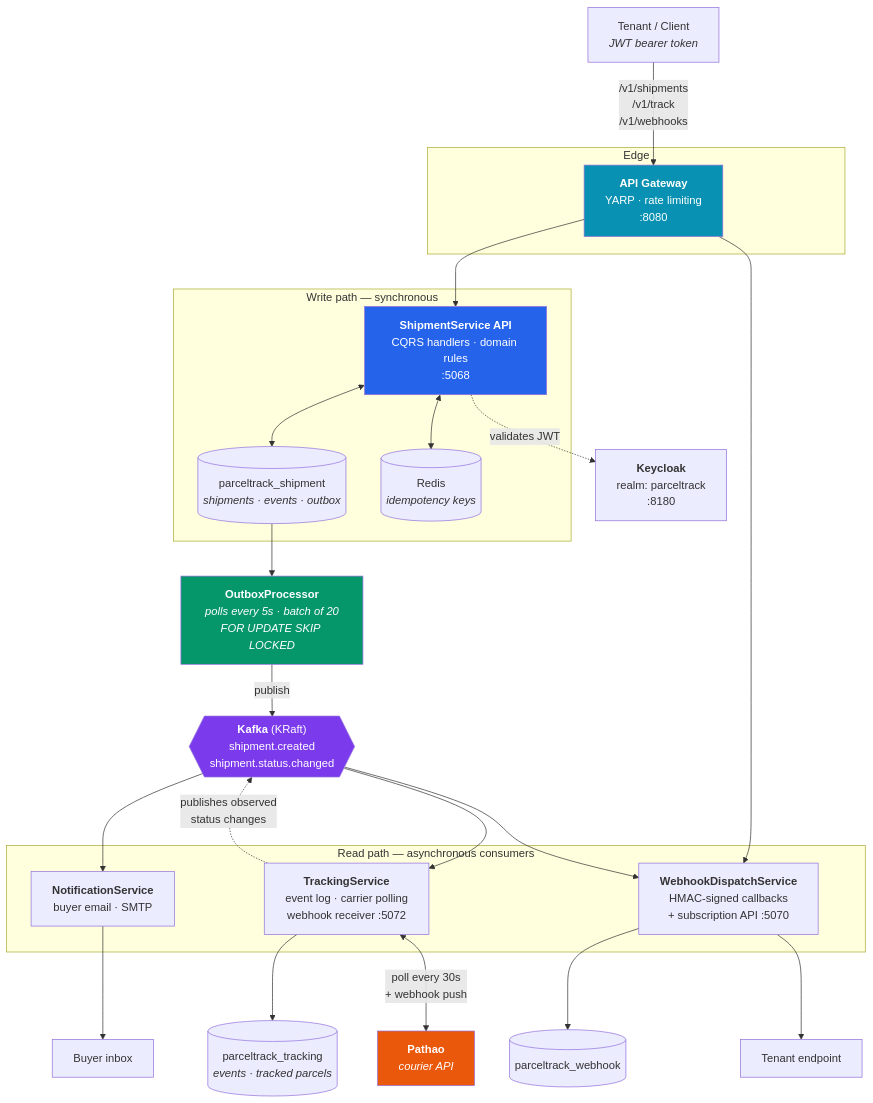
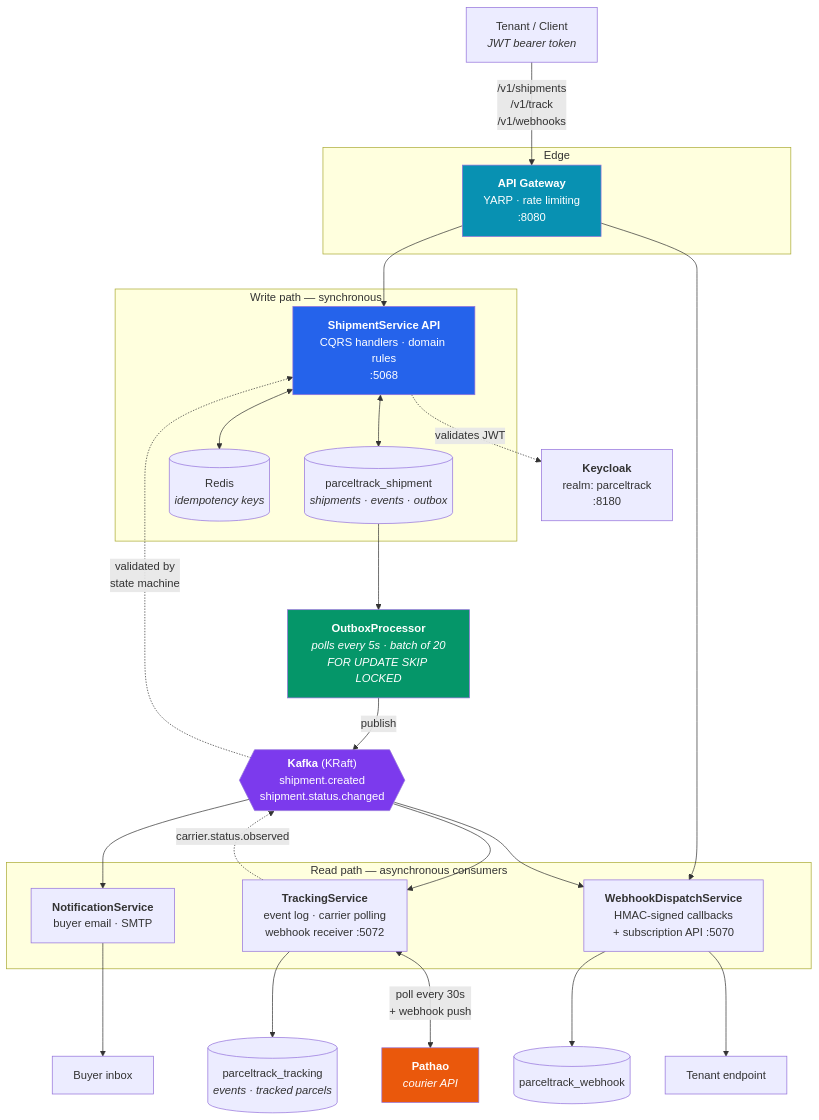
One commit to mahir-hs/ParcelTrack changed the first of 4 diagrams in README.md. Above: the diagram before and after it, drawn with Mermaid. The commit also changed other lines of this file and 18 other files, not shown here.

````diff
--- a/README.md
+++ b/README.md
@@ -43,55 +43,56 @@
 ```mermaid
 flowchart TB
     Client["Tenant / Client<br/><i>JWT bearer token</i>"]
 
     subgraph Edge
         GW["<b>API Gateway</b><br/>YARP · rate limiting<br/>:8080"]
     end
 
     subgraph Write["Write path — synchronous"]
         API["<b>ShipmentService API</b><br/>CQRS handlers · domain rules<br/>:5068"]
         PG1[("parceltrack_shipment<br/><i>shipments · events · outbox</i>")]
         REDIS[("Redis<br/><i>idempotency keys</i>")]
     end
 
     OUTBOX["<b>OutboxProcessor</b><br/><i>polls every 5s · batch of 20</i><br/><i>FOR UPDATE SKIP LOCKED</i>"]
     KAFKA{{"<b>Kafka</b> (KRaft)<br/>shipment.created<br/>shipment.status.changed"}}
 
     subgraph Read["Read path — asynchronous consumers"]
         TRK["<b>TrackingService</b><br/>event log · carrier polling<br/>webhook receiver :5072"]
         NOT["<b>NotificationService</b><br/>buyer email · SMTP"]
         WHK["<b>WebhookDispatchService</b><br/>HMAC-signed callbacks<br/>+ subscription API :5070"]
     end
 
     PG2[("parceltrack_tracking<br/><i>events · tracked parcels</i>")]
     COURIER["<b>Pathao</b><br/><i>courier API</i>"]
     PG3[("parceltrack_webhook")]
     SMTP["Buyer inbox"]
     TENANT["Tenant endpoint"]
 
     KC["<b>Keycloak</b><br/>realm: parceltrack<br/>:8180"]
 
     Client -->|"/v1/shipments<br/>/v1/track<br/>/v1/webhooks"| GW
     GW --> API
     GW --> WHK
     API <--> PG1
     API <--> REDIS
     API -.->|"validates JWT"| KC
     PG1 --> OUTBOX
     OUTBOX -->|publish| KAFKA
     KAFKA --> TRK
     KAFKA --> NOT
     KAFKA --> WHK
     TRK --> PG2
     TRK <-->|"poll every 30s<br/>+ webhook push"| COURIER
-    TRK -.->|"publishes observed<br/>status changes"| KAFKA
+    TRK -.->|"carrier.status.observed"| KAFKA
+    KAFKA -.->|"validated by<br/>state machine"| API
     WHK --> PG3
     NOT --> SMTP
     WHK --> TENANT
 
     style API fill:#2563eb,color:#fff
     style KAFKA fill:#7c3aed,color:#fff
     style OUTBOX fill:#059669,color:#fff
     style GW fill:#0891b2,color:#fff
     style COURIER fill:#ea580c,color:#fff
 ```
````
